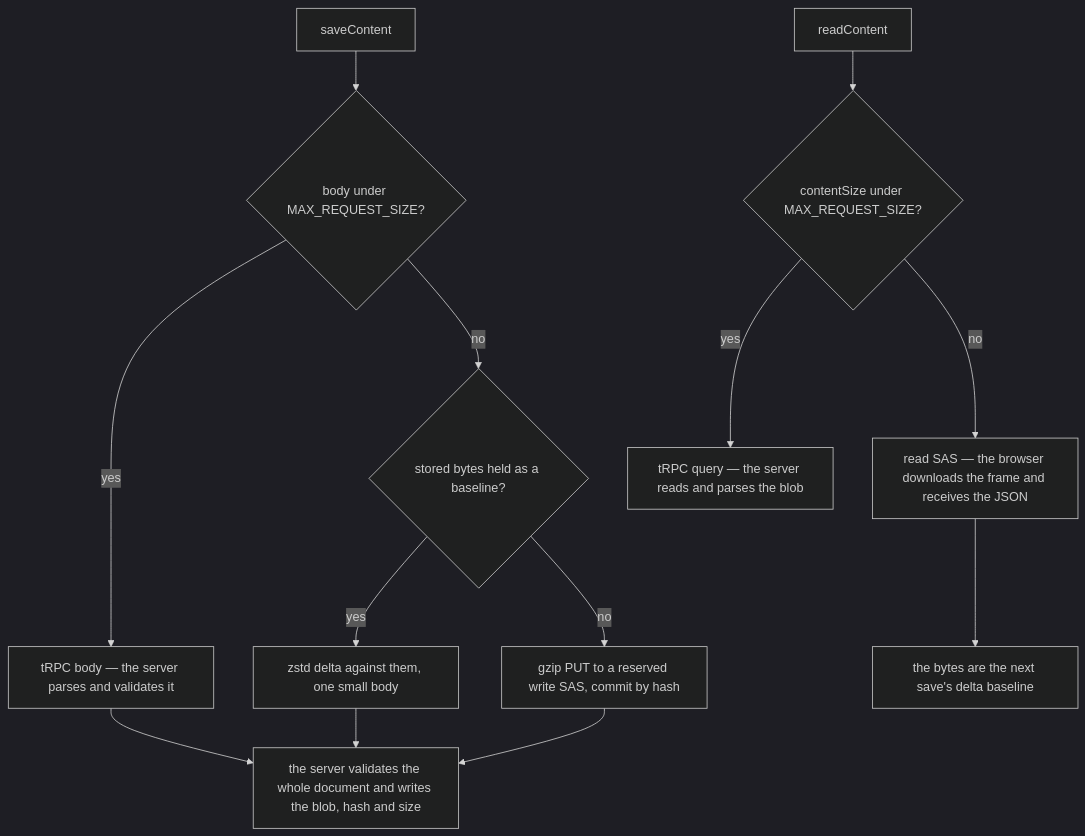
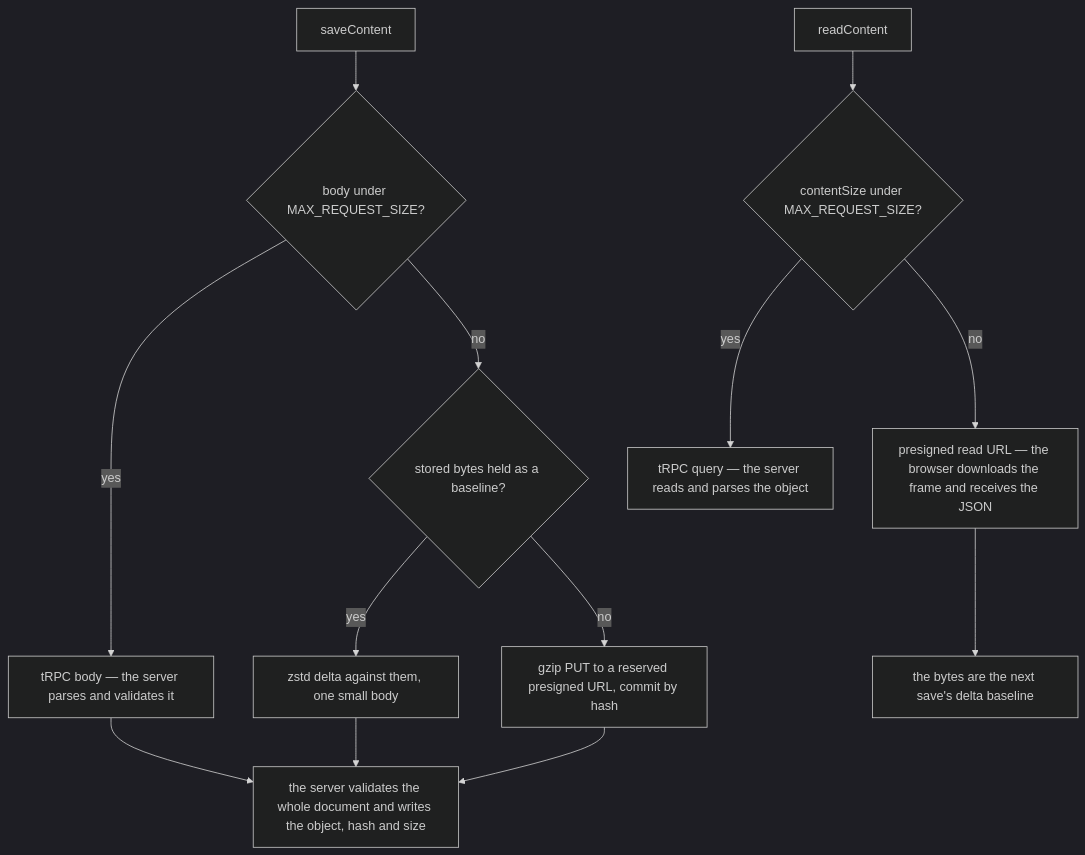
One commit to Esposter/Esposter changed the diagram in openspec/specs/architecture/large-documents/design.md. Above: the diagram before and after it, drawn with Mermaid (dark theme). The commit also changed other lines of this file and 14 other files, not shown here.

First line of the commit message:
docs(openspec): the upload, large-document and build pages describe presigned R2 uploads and the Worker deploy

````diff
--- a/openspec/specs/architecture/large-documents/design.md
+++ b/openspec/specs/architecture/large-documents/design.md
@@ -10,15 +10,15 @@
 ```mermaid
 flowchart TD
   save["saveContent"] --> body{"body under MAX_REQUEST_SIZE?"}
   body -->|yes| inline["tRPC body — the server parses and validates it"]
   body -->|no| baseline{"stored bytes held as a baseline?"}
   baseline -->|yes| delta["zstd delta against them, one small body"]
-  baseline -->|no| staged["gzip PUT to a reserved write SAS, commit by hash"]
-  delta --> validate["the server validates the whole document and writes the blob, hash and size"]
+  baseline -->|no| staged["gzip PUT to a reserved presigned URL, commit by hash"]
+  delta --> validate["the server validates the whole document and writes the object, hash and size"]
   staged --> validate
   inline --> validate
   read["readContent"] --> size{"contentSize under MAX_REQUEST_SIZE?"}
-  size -->|yes| query["tRPC query — the server reads and parses the blob"]
-  size -->|no| sas["read SAS — the browser downloads the frame and receives the JSON"]
+  size -->|yes| query["tRPC query — the server reads and parses the object"]
+  size -->|no| sas["presigned read URL — the browser downloads the frame and receives the JSON"]
   sas --> seed["the bytes are the next save's delta baseline"]
 ```
````
